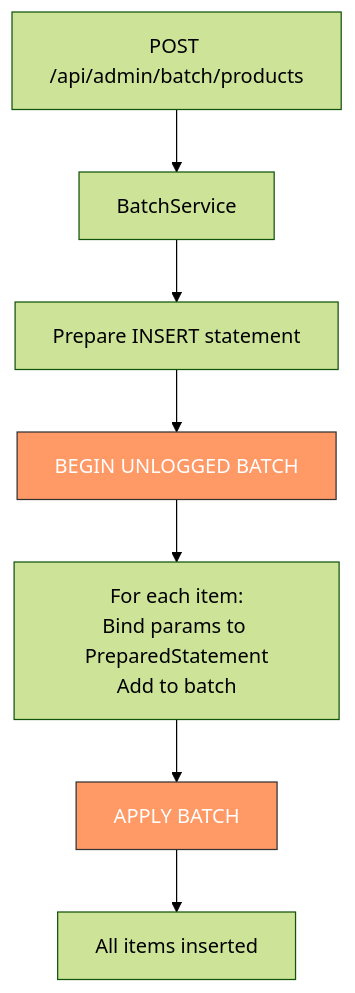
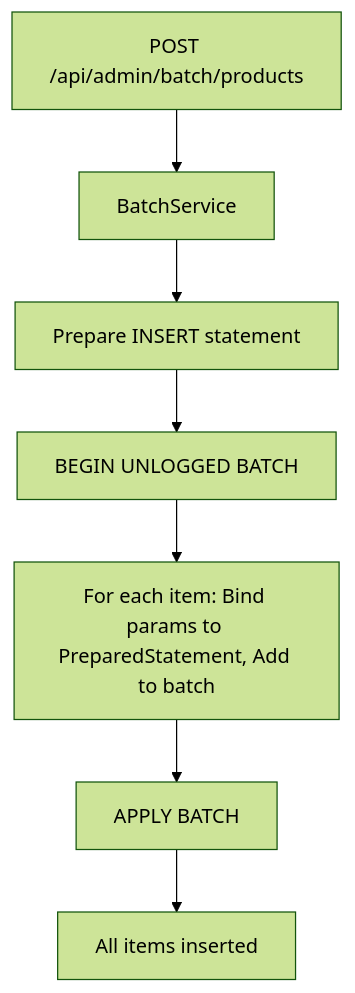
The ninth of 14 diagrams in README.md (sawmikcuet19/cassardra-springboot), drawn with Mermaid (forest theme) before and after one commit. The commit also changed other lines of this file, not shown here.

Commit message:
Fix Mermaid diagrams: remove special chars causing parse errors, remove color styles

````diff
--- a/README.md
+++ b/README.md
@@ -338,12 +335,9 @@
 ```mermaid
 flowchart TD
-    A[POST /api/admin/batch/products] --> B[BatchService]
-    B --> C[Prepare INSERT statement]
-    C --> D[BEGIN UNLOGGED BATCH]
-    D --> E[For each item:<br/>Bind params to PreparedStatement<br/>Add to batch]
-    E --> F[APPLY BATCH]
-    F --> G[All items inserted]
-
-    style D fill:#f96,stroke:#333,color:#fff
-    style F fill:#f96,stroke:#333,color:#fff
+    A["POST /api/admin/batch/products"] --> B["BatchService"]
+    B --> C["Prepare INSERT statement"]
+    C --> D["BEGIN UNLOGGED BATCH"]
+    D --> E["For each item: Bind params to PreparedStatement, Add to batch"]
+    E --> F["APPLY BATCH"]
+    F --> G["All items inserted"]
 ```
````
